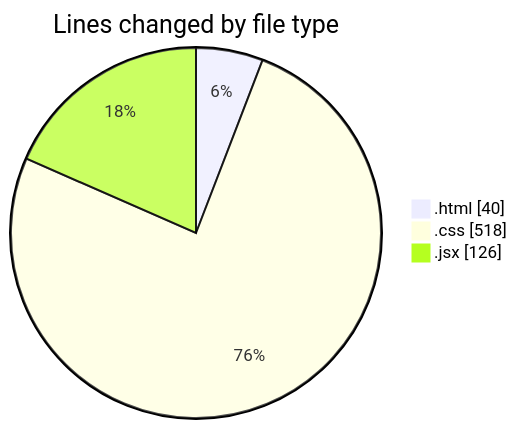
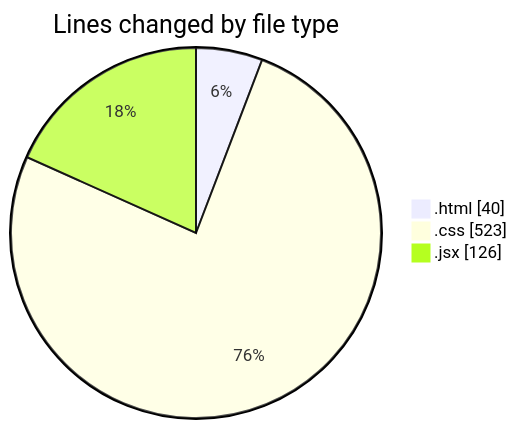
Before and after one commit to Ritupan-Deka/code-tracking: the first of 2 diagrams in 2025-05-26/projects/README.md, drawn with Mermaid. The commit also changed other lines of this file and 1 other file, not shown here.

````diff
--- a/2025-05-26/projects/README.md
+++ b/2025-05-26/projects/README.md
@@ -23,7 +23,7 @@
 ```mermaid
 pie showData
 title Lines changed by file type
 ".html" : 40
-".css" : 518
+".css" : 523
 ".jsx" : 126
 ```
````
